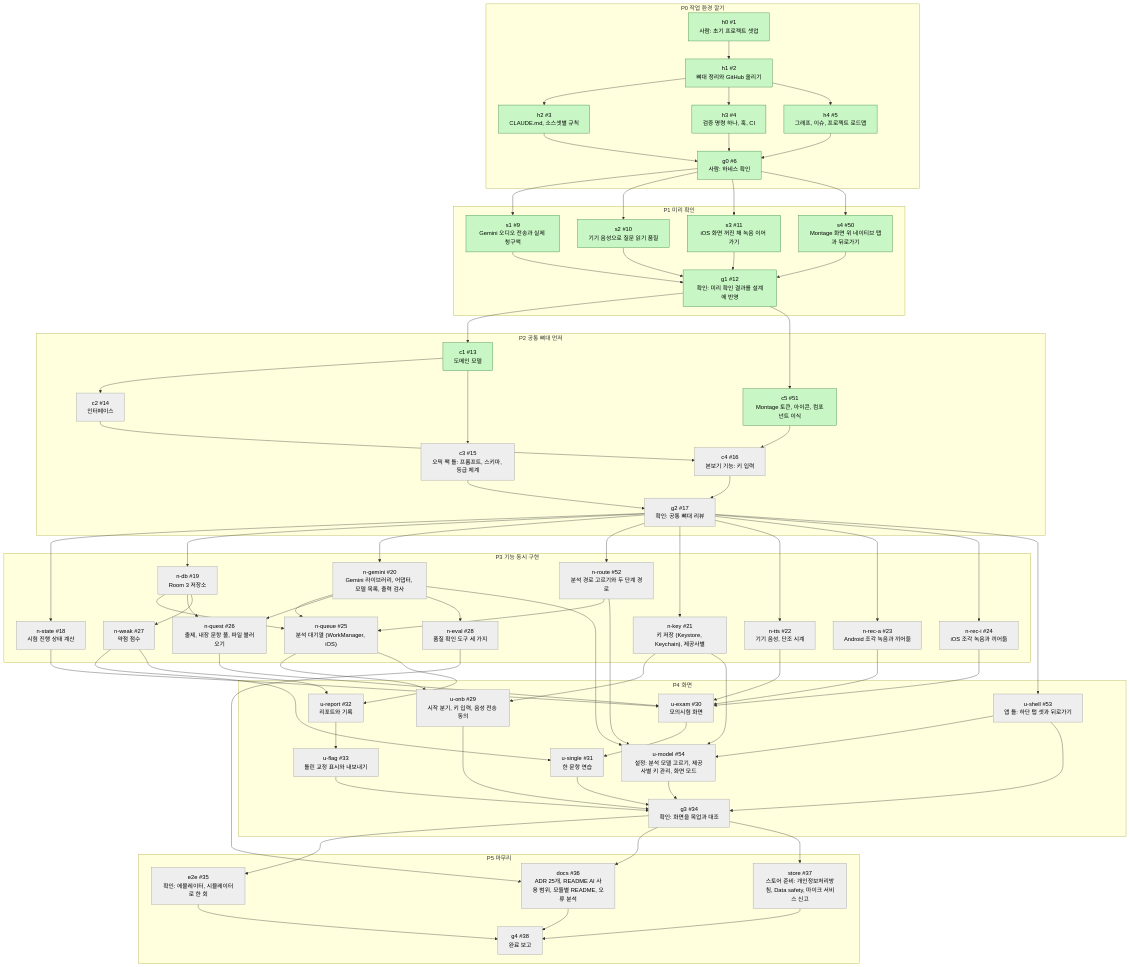
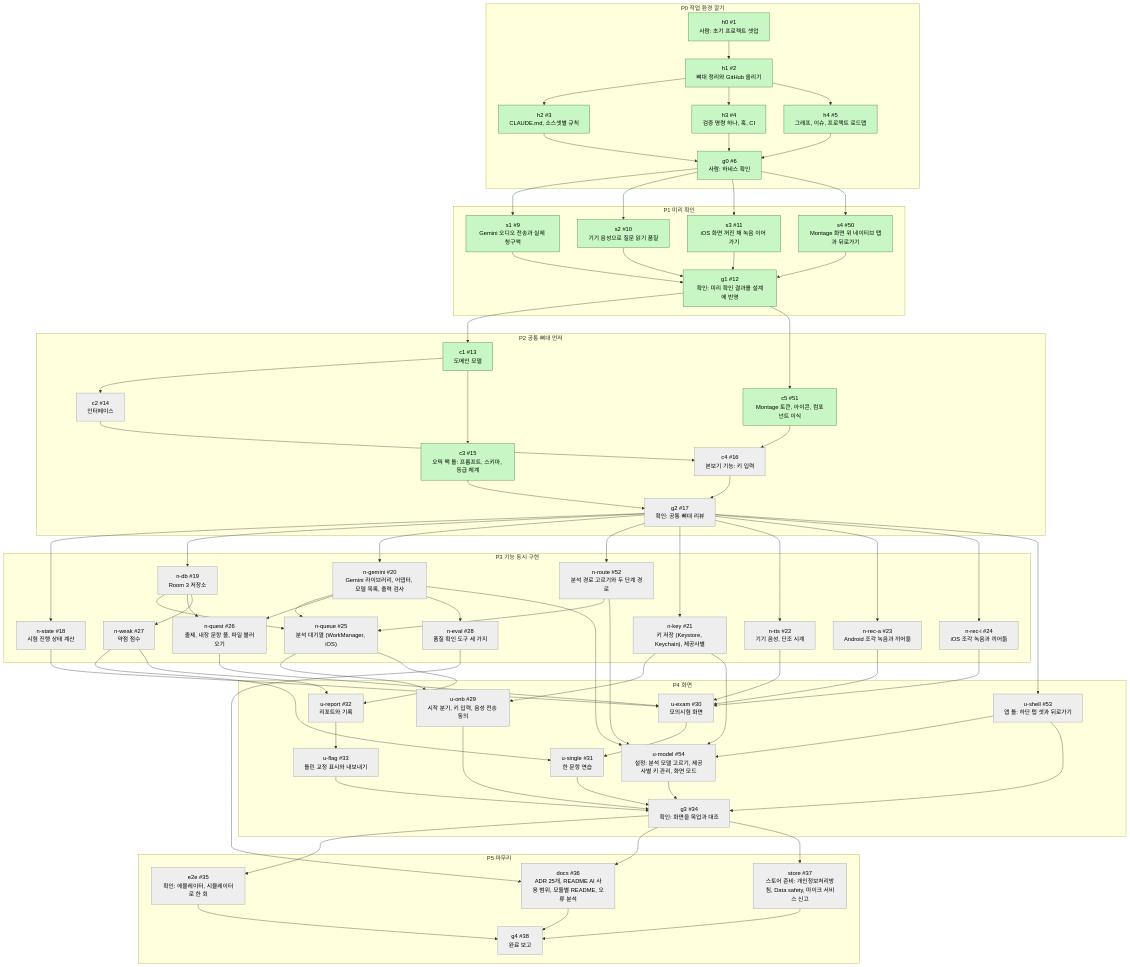
Before and after one commit to nosorae/AiOpicSelfStudy: the first of 2 diagrams in docs/graph/dev-graph.md, drawn with Mermaid. The commit also changed other lines of this file and 1 other file, not shown here.

Commit message:
[c3] 그래프에서 c3 를 done 으로 바꿨다 (#15) (#70)

````diff
--- a/docs/graph/dev-graph.md
+++ b/docs/graph/dev-graph.md
@@ -127,9 +127,9 @@
   docs --> g4
   store --> g4
   classDef todo fill:#eeeeee,stroke:#999999,color:#000
-  class c2,c3,c4,g2,n_state,n_db,n_gemini,n_route,n_key,n_tts,n_rec_a,n_rec_i,n_queue,n_quest,n_weak,n_eval,u_onb,u_shell,u_exam,u_single,u_report,u_flag,u_model,g3,e2e,docs,store,g4 todo
+  class c2,c4,g2,n_state,n_db,n_gemini,n_route,n_key,n_tts,n_rec_a,n_rec_i,n_queue,n_quest,n_weak,n_eval,u_onb,u_shell,u_exam,u_single,u_report,u_flag,u_model,g3,e2e,docs,store,g4 todo
   classDef doing fill:#fff3b0,stroke:#d4a017,color:#000
   classDef done fill:#c8f7c5,stroke:#2e7d32,color:#000
-  class h0,h1,h2,h3,h4,g0,s1,s2,s3,s4,g1,c1,c5 done
+  class h0,h1,h2,h3,h4,g0,s1,s2,s3,s4,g1,c1,c3,c5 done
   classDef blocked fill:#ffcdd2,stroke:#c62828,color:#000
 ```
````
